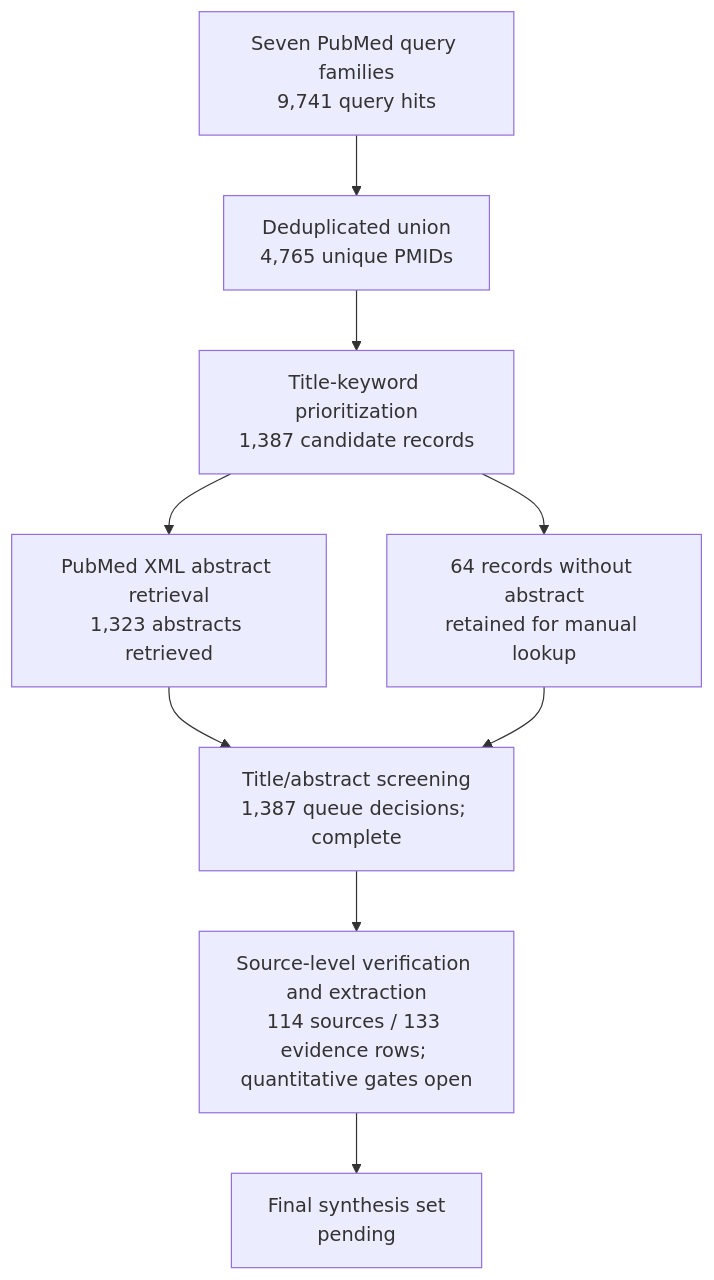
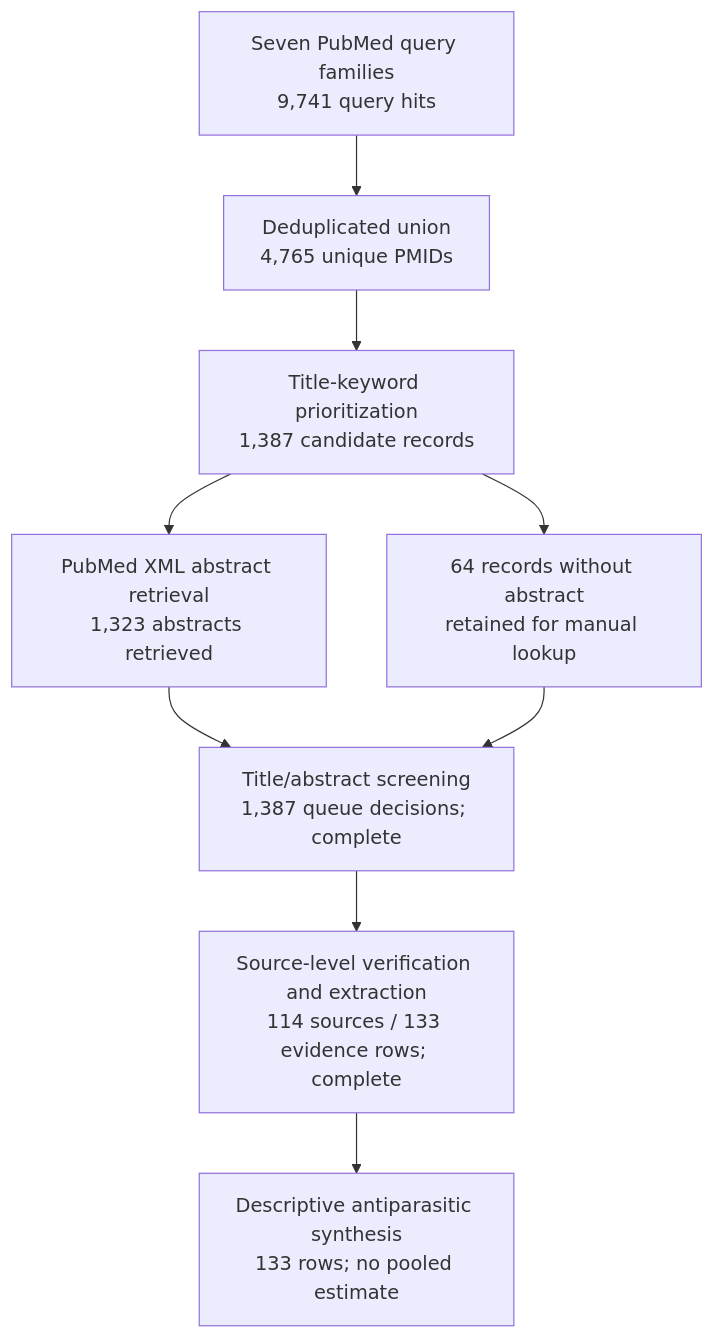
The diagram in manuscript/review-flow.md (dcmcshan/artemisia), drawn with Mermaid before and after one commit. The commit also changed other lines of this file and 11 other files, not shown here.

Commit message:
Document conservative quantitative synthesis decision

````diff
--- a/manuscript/review-flow.md
+++ b/manuscript/review-flow.md
@@ -5,11 +5,11 @@
 ```mermaid
 flowchart TB
   Q[Seven PubMed query families<br/>9,741 query hits] --> U[Deduplicated union<br/>4,765 unique PMIDs]
   U --> T[Title-keyword prioritization<br/>1,387 candidate records]
   T --> A[PubMed XML abstract retrieval<br/>1,323 abstracts retrieved]
   T --> N[64 records without abstract<br/>retained for manual lookup]
   A --> M[Title/abstract screening<br/>1,387 queue decisions; complete]
   N --> M
-  M --> F[Source-level verification and extraction<br/>114 sources / 133 evidence rows; quantitative gates open]
-  F --> S[Final synthesis set<br/>pending]
+  M --> F[Source-level verification and extraction<br/>114 sources / 133 evidence rows; complete]
+  F --> S[Descriptive antiparasitic synthesis<br/>133 rows; no pooled estimate]
 ```
````
